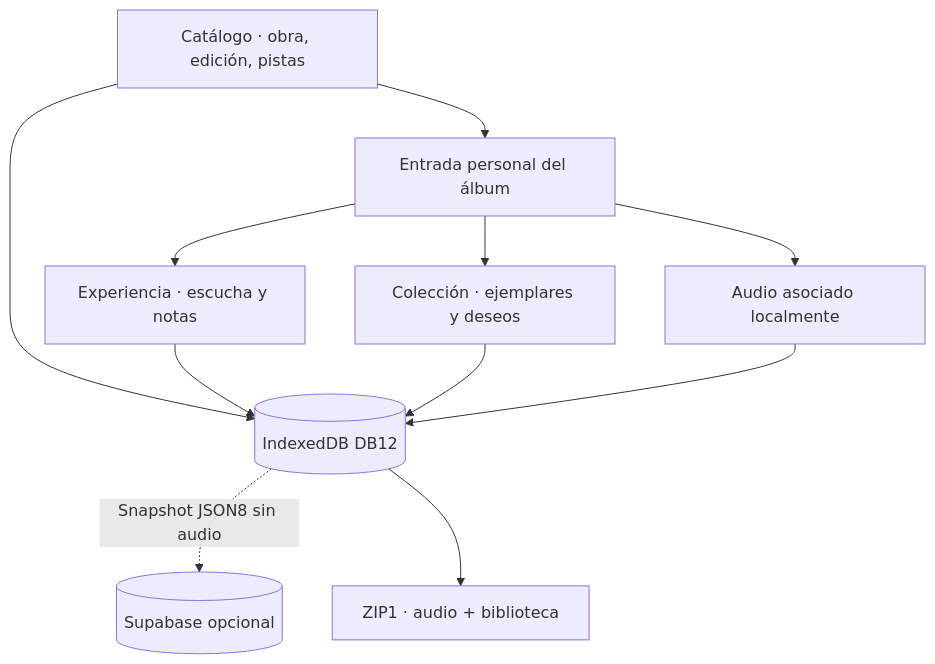
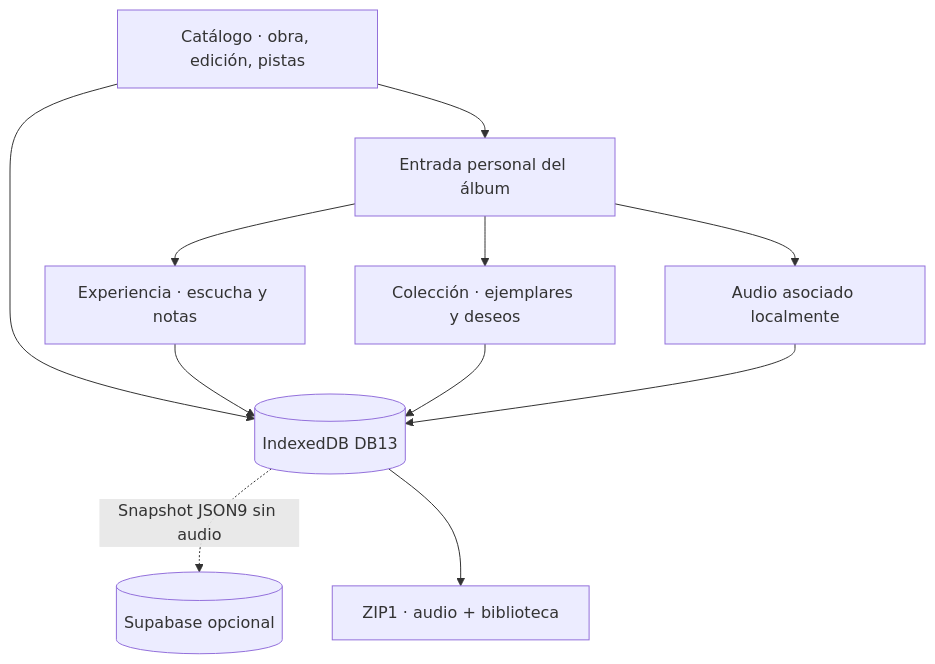
Before and after one commit to NicoCG32/Auditorium: the diagram in docs/README.md, drawn with Mermaid. The commit also changed other lines of this file and 73 other files, not shown here.

````diff
--- a/docs/README.md
+++ b/docs/README.md
@@ -34,13 +34,13 @@
 ```mermaid
 flowchart TD
     A["Catálogo · obra, edición, pistas"] --> U["Entrada personal del álbum"]
     U --> E["Experiencia · escucha y notas"]
     U --> C["Colección · ejemplares y deseos"]
     U --> L["Audio asociado localmente"]
-    A --> B[("IndexedDB DB12")]
+    A --> B[("IndexedDB DB13")]
     E --> B
     C --> B
     L --> B
-    B -. "Snapshot JSON8 sin audio" .-> R[("Supabase opcional")]
+    B -. "Snapshot JSON9 sin audio" .-> R[("Supabase opcional")]
     B --> Z["ZIP1 · audio + biblioteca"]
 ```
````
